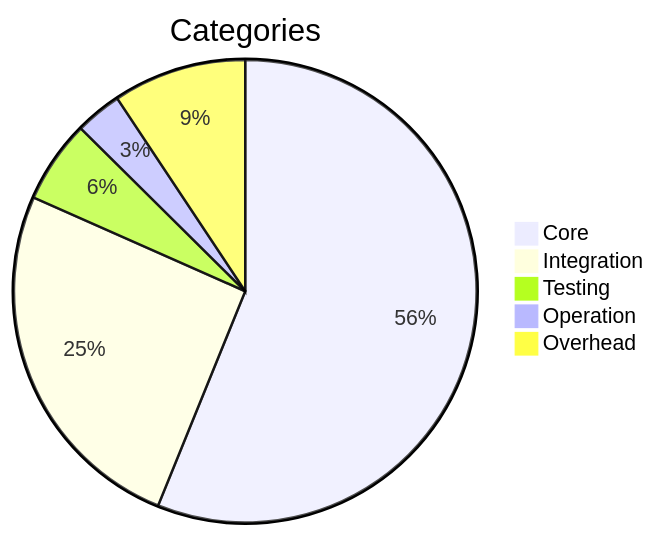
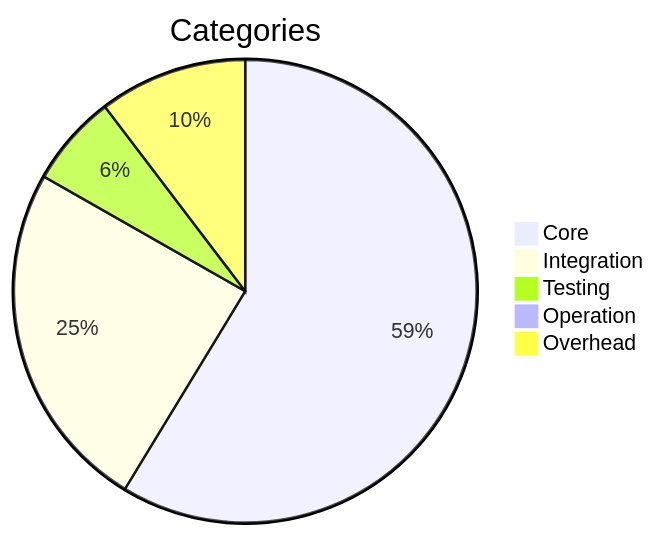
One commit to qubic/qct changed the second of 4 diagrams in financial-reports/2025-03-03-february-2025.md. Above: the diagram before and after it, drawn with Mermaid. The commit also changed other lines of this file and 2 other files, not shown here.

Commit message:
Update pie graphics for categories Jan, Feb and Mar

````diff
--- a/financial-reports/2025-03-03-february-2025.md
+++ b/financial-reports/2025-03-03-february-2025.md
@@ -30,9 +30,9 @@
  ```mermaid
 pie title Categories
-"Core":56.14579045
-"Integration":25.4913628
-"Testing":5.783294046
-"Operation":3.251659088
-"Overhead":9.32789362
+"Core":57.0525345005199
+"Integration":23.8520669227806
+"Testing":6.23452002197469
+"Operation":0
+"Overhead":10.0556774547979
 
 ```
````
